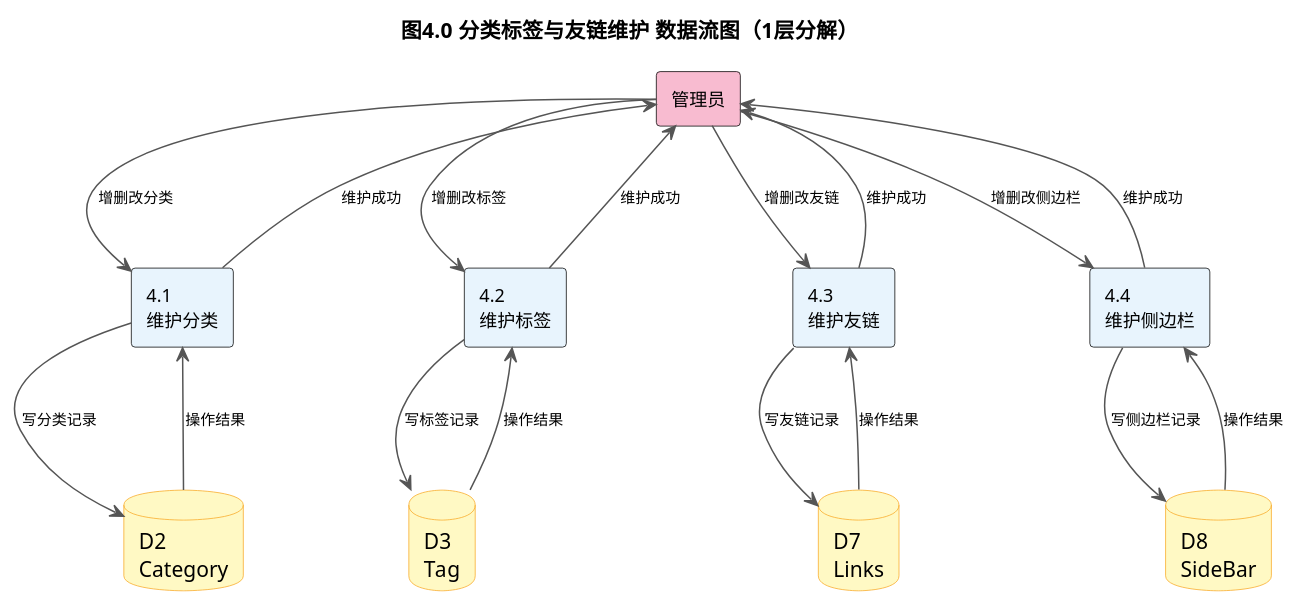
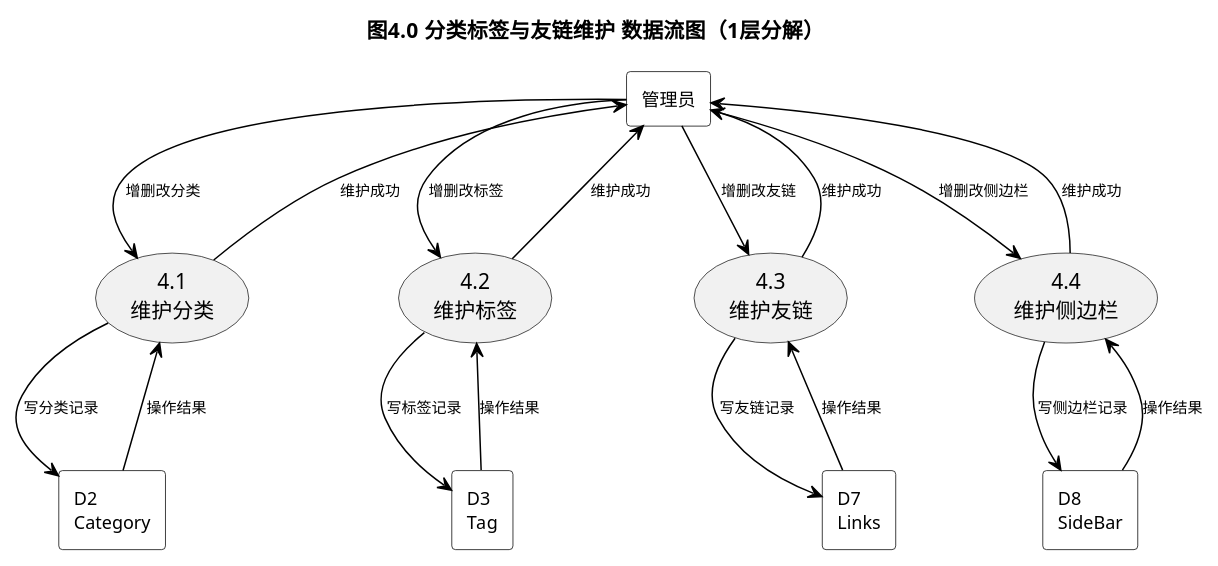
Before and after one commit to xiongyuanhao0525-bot/Class3-Group4: the fifth of 5 diagrams in doc/素材/纪秀茹/blog数据流图.puml, drawn with PlantUML. The commit also changed other lines of this file and 5 other files, not shown here.

Commit message:
纪秀茹：优化blog数据流图，调整样式

```diff
--- a/doc/素材/纪秀茹/blog数据流图.puml
+++ b/doc/素材/纪秀茹/blog数据流图.puml
@@ -192,49 +170,45 @@
 @startuml DFD-4分类标签友链维护
 skinparam defaultFontName "Microsoft YaHei"
-skinparam nodesep 60
-skinparam ranksep 80
+skinparam nodesep 50
+skinparam ranksep 70
 skinparam rectangle {
-  BackgroundColor #FEFEFE
+  BackgroundColor white
   BorderColor black
   FontSize 12
 }
-skinparam database {
-  BackgroundColor #FFF9C4
-  BorderColor #F9A825
-}
 skinparam ArrowFontSize 10
-skinparam ArrowColor #555555
+skinparam ArrowColor black
 title 图4.0  分类标签与友链维护 数据流图（1层分解）
 
-rectangle "管理员" as E3 #F8BBD0
+rectangle "管理员" as E3
 
-rectangle "4.1\n维护分类" as P41 #E8F4FD
-rectangle "4.2\n维护标签" as P42 #E8F4FD
-rectangle "4.3\n维护友链" as P43 #E8F4FD
-rectangle "4.4\n维护侧边栏" as P44 #E8F4FD
+usecase "4.1\n维护分类" as P41
+usecase "4.2\n维护标签" as P42
+usecase "4.3\n维护友链" as P43
+usecase "4.4\n维护侧边栏" as P44
 
-database "D2\nCategory" as D2 #FFF9C4
-database "D3\nTag" as D3 #FFF9C4
-database "D7\nLinks" as D7 #FFF9C4
-database "D8\nSideBar" as D8 #FFF9C4
+rectangle "D2\nCategory" as D2
+rectangle "D3\nTag" as D3
+rectangle "D7\nLinks" as D7
+rectangle "D8\nSideBar" as D8
 
 E3 --> P41 : 增删改分类
 P41 --> D2 : 写分类记录
 D2 --> P41 : 操作结果
 P41 --> E3 : 维护成功
 
 E3 --> P42 : 增删改标签
 P42 --> D3 : 写标签记录
 D3 --> P42 : 操作结果
 P42 --> E3 : 维护成功
 
 E3 --> P43 : 增删改友链
 P43 --> D7 : 写友链记录
 D7 --> P43 : 操作结果
 P43 --> E3 : 维护成功
 
 E3 --> P44 : 增删改侧边栏
 P44 --> D8 : 写侧边栏记录
 D8 --> P44 : 操作结果
 P44 --> E3 : 维护成功
 @enduml
```
